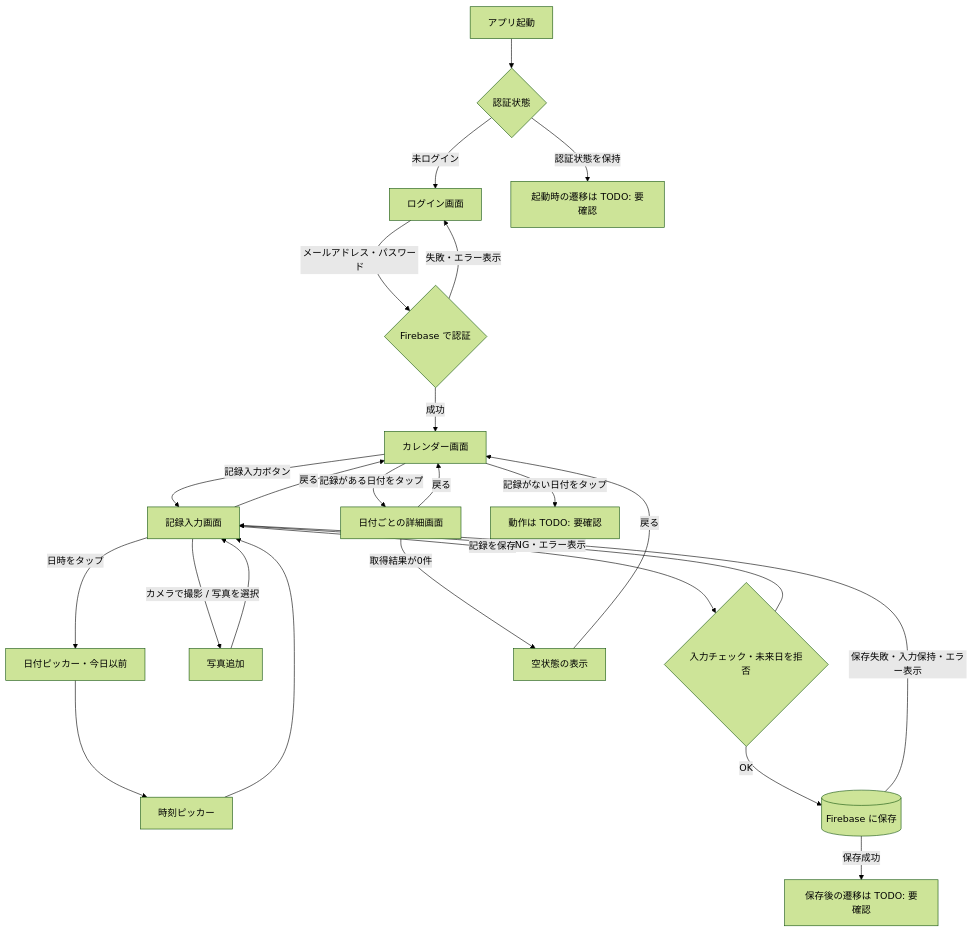
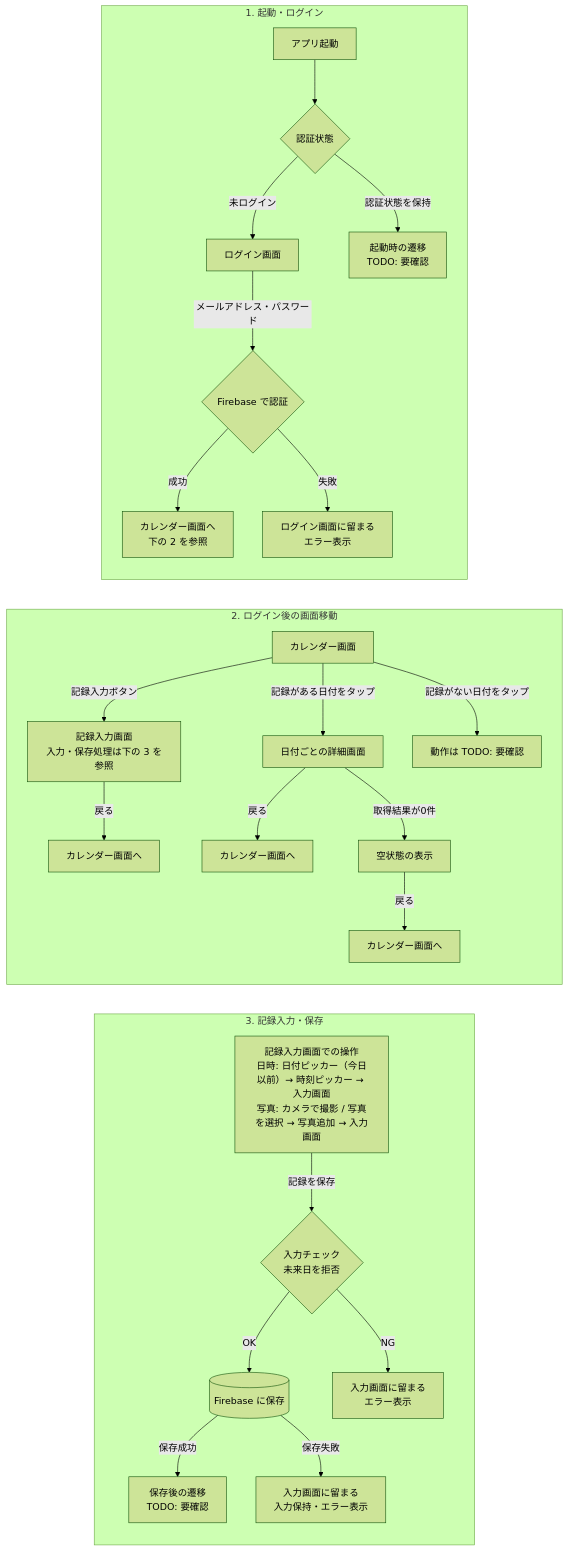
One commit to mokomokomoko847/health_care_app changed the diagram in docs/skills/app-flow/SKILL.md. Above: the diagram before and after it, drawn with Mermaid (forest theme). The commit also changed other lines of this file, not shown here.

Commit message:
docs: organize Mermaid flow into readable sections

````diff
--- a/docs/skills/app-flow/SKILL.md
+++ b/docs/skills/app-flow/SKILL.md
@@ -31,23 +37,36 @@
 ```mermaid
-flowchart TD
-A[アプリ起動] --> S{認証状態}
-S -->|未ログイン| L[ログイン画面]
-S -->|認証状態を保持| T[起動時の遷移は TODO: 要確認]
-L -->|メールアドレス・パスワード| LA{Firebase で認証}
-LA -->|失敗・エラー表示| L
-LA -->|成功| E[カレンダー画面]
-E -->|記録入力ボタン| B[記録入力画面]
-B -->|日時をタップ| B1[日付ピッカー・今日以前] --> B2[時刻ピッカー] --> B
-B -->|カメラで撮影 / 写真を選択| B3[写真追加] --> B
-B -->|記録を保存| C{入力チェック・未来日を拒否}
-C -->|NG・エラー表示| B
-C -->|OK| D[(Firebase に保存)]
-D -->|保存失敗・入力保持・エラー表示| B
-D -->|保存成功| P[保存後の遷移は TODO: 要確認]
-B -->|戻る| E
-E -->|記録がある日付をタップ| F[日付ごとの詳細画面]
-E -->|記録がない日付をタップ| N[動作は TODO: 要確認]
-F -->|取得結果が0件| F1[空状態の表示]
-F1 -->|戻る| E
-F -->|戻る| E
+flowchart TB
+    subgraph AUTH["1. 起動・ログイン"]
+        direction TB
+        A["アプリ起動"] --> S{"認証状態"}
+        S -->|未ログイン| L["ログイン画面"]
+        S -->|認証状態を保持| T["起動時の遷移<br/>TODO: 要確認"]
+        L -->|メールアドレス・パスワード| LA{"Firebase で認証"}
+        LA -->|成功| LC["カレンダー画面へ<br/>下の 2 を参照"]
+        LA -->|失敗| LE["ログイン画面に留まる<br/>エラー表示"]
+    end
+
+    subgraph NAV["2. ログイン後の画面移動"]
+        direction TB
+        E["カレンダー画面"] -->|記録入力ボタン| B["記録入力画面<br/>入力・保存処理は下の 3 を参照"]
+        E -->|記録がある日付をタップ| F["日付ごとの詳細画面"]
+        E -->|記録がない日付をタップ| N["動作は TODO: 要確認"]
+        B -->|戻る| BC["カレンダー画面へ"]
+        F -->|戻る| FC["カレンダー画面へ"]
+        F -->|取得結果が0件| F1["空状態の表示"]
+        F1 -->|戻る| F1C["カレンダー画面へ"]
+    end
+
+    subgraph ENTRY["3. 記録入力・保存"]
+        direction TB
+        I["記録入力画面での操作<br/>日時: 日付ピッカー（今日以前）→ 時刻ピッカー → 入力画面<br/>写真: カメラで撮影 / 写真を選択 → 写真追加 → 入力画面"]
+        I -->|記録を保存| C{"入力チェック<br/>未来日を拒否"}
+        C -->|OK| D[("Firebase に保存")]
+        C -->|NG| CE["入力画面に留まる<br/>エラー表示"]
+        D -->|保存成功| P["保存後の遷移<br/>TODO: 要確認"]
+        D -->|保存失敗| DE["入力画面に留まる<br/>入力保持・エラー表示"]
+    end
+
+    AUTH ~~~ NAV
+    NAV ~~~ ENTRY
 ```
````
